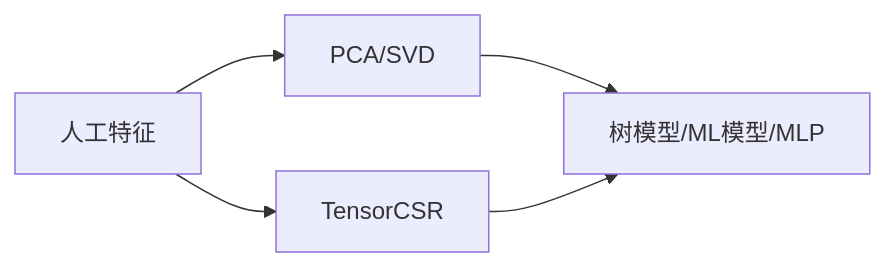
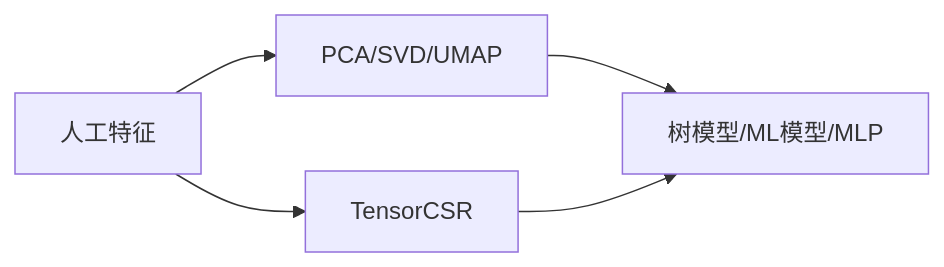
The diagram in docs/views/kaggle/Kaggle-OpenProblem.md (kuro7766/MyBlog-V3), drawn with Mermaid before and after one commit. The commit also changed other lines of this file, not shown here.

````diff
--- a/docs/views/kaggle/Kaggle-OpenProblem.md
+++ b/docs/views/kaggle/Kaggle-OpenProblem.md
@@ -321,7 +326,7 @@
 ```mermaid
 graph LR
-A[人工特征] --> B[PCA/SVD]
+A[人工特征] --> B[PCA/SVD/UMAP]
 B --> C[树模型/ML模型/MLP]
 A --> D[TensorCSR]
 D --> C
 ```
````
